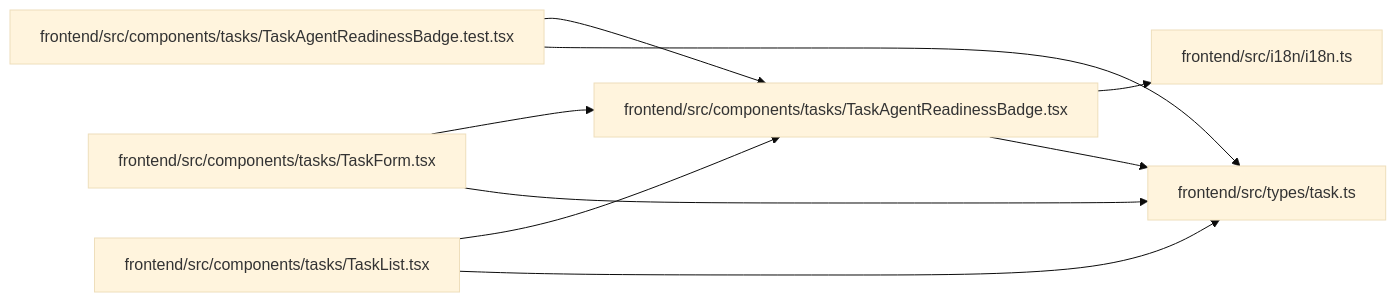
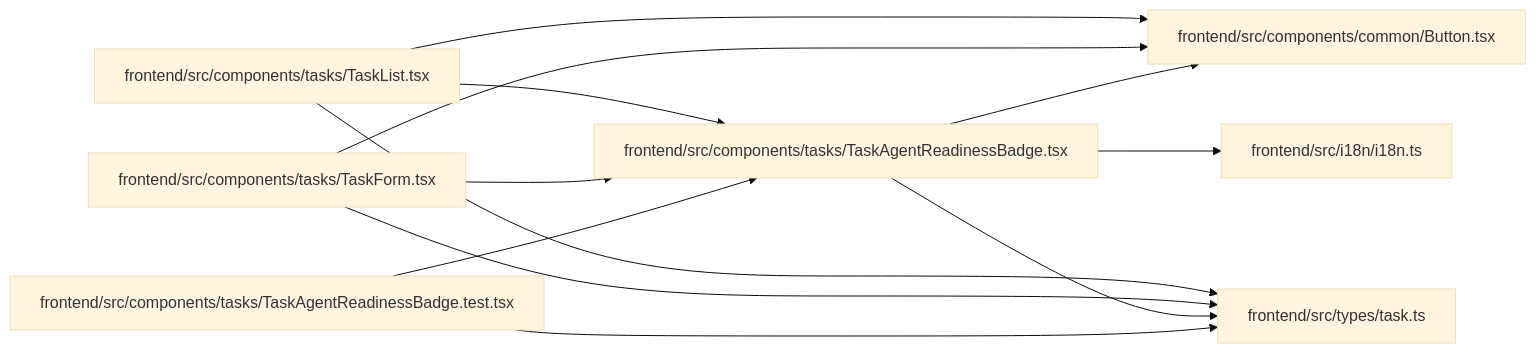
The diagram in docs/llm_wiki/modules/TaskAgentReadinessBadge.md (Denissvgn/WorkChord), drawn with Mermaid (base theme) before and after one commit. The commit also changed other lines of this file and 2373 other files, not shown here.

````diff
--- a/docs/llm_wiki/modules/TaskAgentReadinessBadge.md
+++ b/docs/llm_wiki/modules/TaskAgentReadinessBadge.md
@@ -34,23 +35,28 @@
 ```mermaid
 flowchart LR
-    n0["frontend/src/components/tasks/TaskAgentReadinessBadge.test.tsx"]
-    n1["frontend/src/components/tasks/TaskAgentReadinessBadge.tsx"]
-    n2["frontend/src/components/tasks/TaskForm.tsx"]
-    n3["frontend/src/components/tasks/TaskList.tsx"]
-    n4["frontend/src/i18n/i18n.ts"]
-    n5["frontend/src/types/task.ts"]
-    n0 --> n1
-    n0 --> n5
-    n1 --> n4
-    n1 --> n5
-    n2 --> n1
+    n0["frontend/src/components/common/Button.tsx"]
+    n1["frontend/src/components/tasks/TaskAgentReadinessBadge.test.tsx"]
+    n2["frontend/src/components/tasks/TaskAgentReadinessBadge.tsx"]
+    n3["frontend/src/components/tasks/TaskForm.tsx"]
+    n4["frontend/src/components/tasks/TaskList.tsx"]
+    n5["frontend/src/i18n/i18n.ts"]
+    n6["frontend/src/types/task.ts"]
+    n1 --> n2
+    n1 --> n6
+    n2 --> n0
     n2 --> n5
-    n3 --> n1
-    n3 --> n5
-    click n0 "../modules/TaskAgentReadinessBadge.test.md"
-    click n1 "../modules/TaskAgentReadinessBadge.md"
-    click n2 "../modules/TaskForm.md"
-    click n3 "../modules/TaskList.md"
-    click n4 "../modules/i18n.md"
-    click n5 "../modules/types_task.md"
+    n2 --> n6
+    n3 --> n0
+    n3 --> n2
+    n3 --> n6
+    n4 --> n0
+    n4 --> n2
+    n4 --> n6
+    click n0 "../modules/Button.md"
+    click n1 "../modules/TaskAgentReadinessBadge.test.md"
+    click n2 "../modules/TaskAgentReadinessBadge.md"
+    click n3 "../modules/TaskForm.md"
+    click n4 "../modules/TaskList.md"
+    click n5 "../modules/i18n.md"
+    click n6 "../modules/types_task.md"
 ```
````
